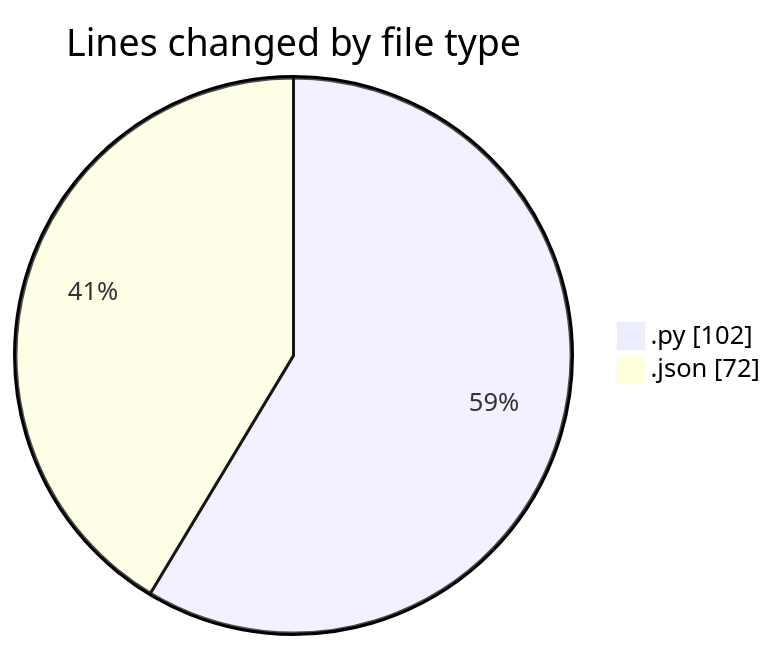
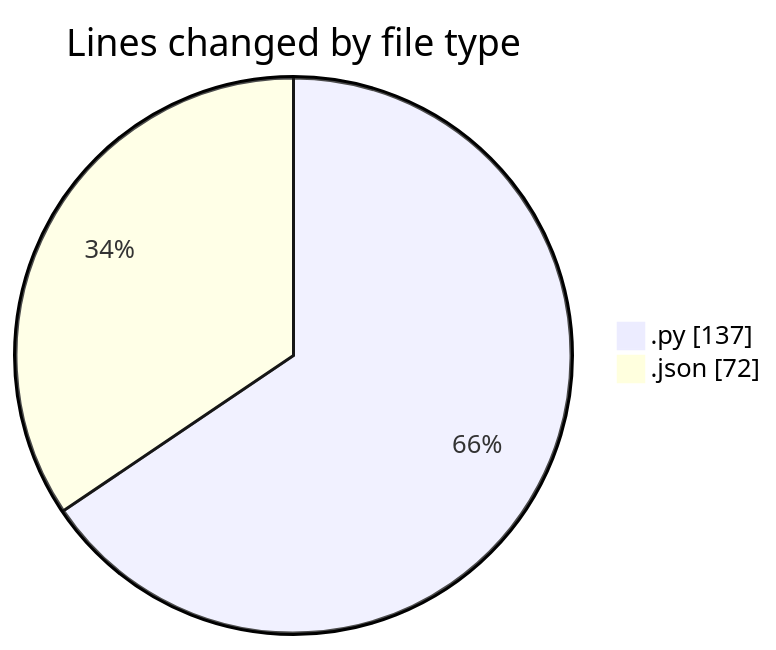
Before and after one commit to momahboobian/code-tracking: the first of 2 diagrams in 2025-02-23/samplepdf/README.md, drawn with Mermaid. The commit also changed other lines of this file and 1 other file, not shown here.

````diff
--- a/2025-02-23/samplepdf/README.md
+++ b/2025-02-23/samplepdf/README.md
@@ -22,6 +23,6 @@
 ```mermaid
 pie showData
 title Lines changed by file type
-".py" : 102
+".py" : 137
 ".json" : 72
 ```
````
